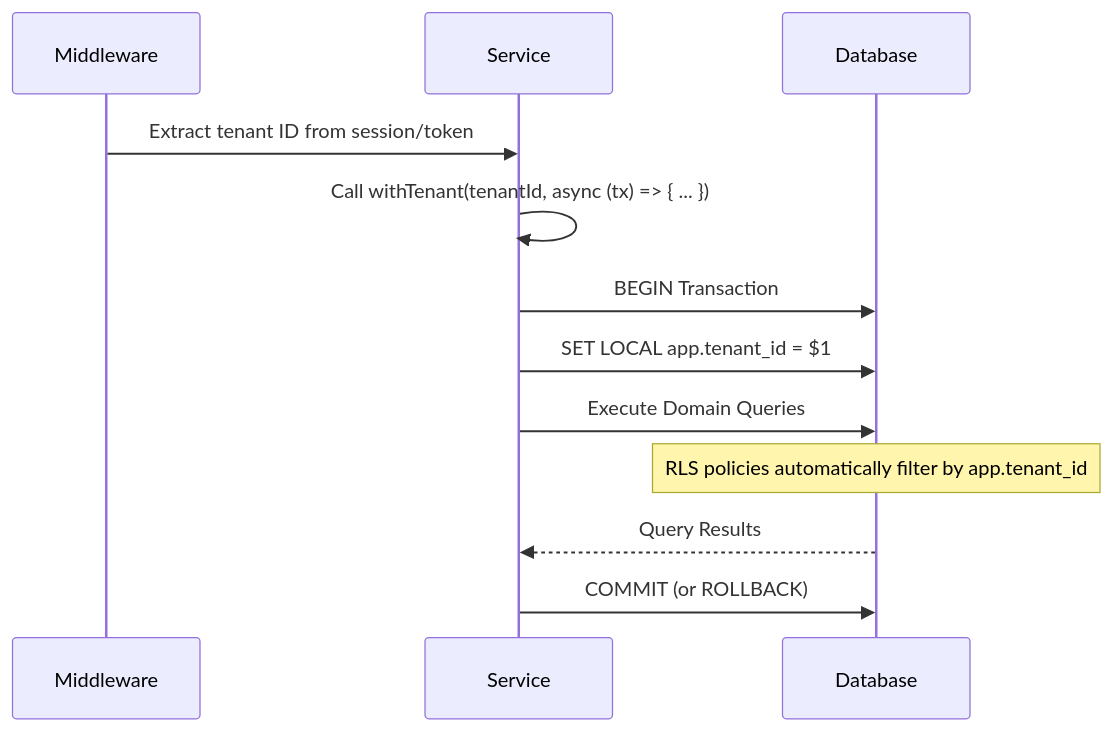
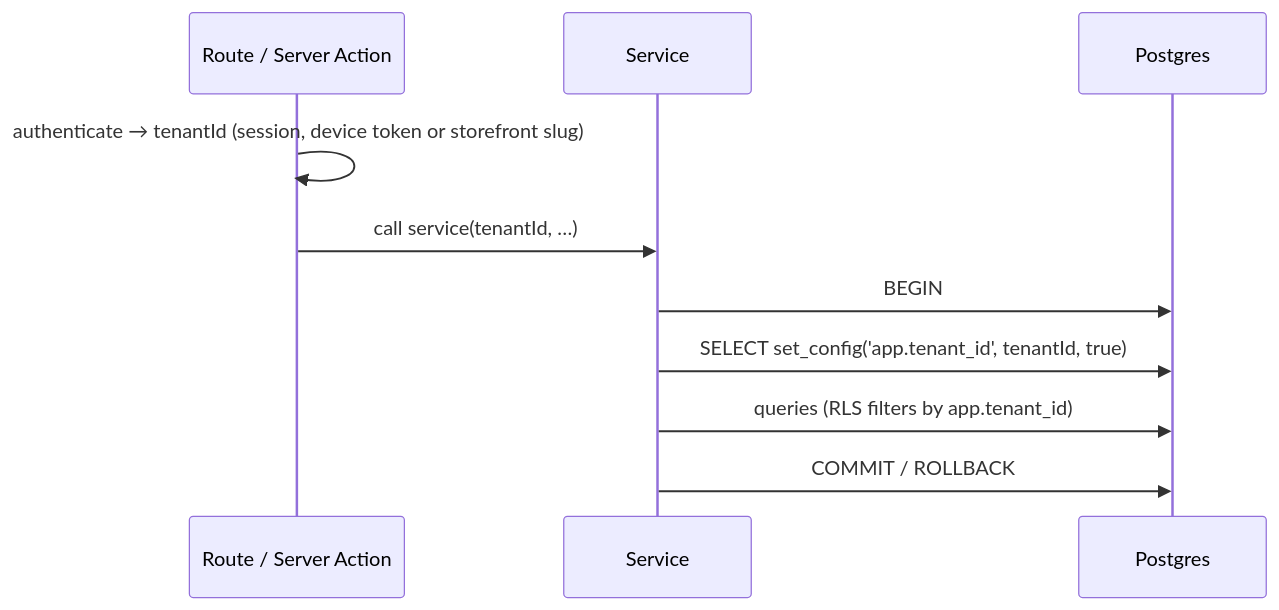
The fourth of 4 diagrams in docs/architecture/overview.md (Ai-NativeLab/ServeOs), drawn with Mermaid before and after one commit. The commit also changed other lines of this file, not shown here.

First line of the commit message:
docs(architecture): correct routing, modules, integrations and deploy facts

````diff
--- a/docs/architecture/overview.md
+++ b/docs/architecture/overview.md
@@ -148,15 +107,13 @@
 ```mermaid
 sequenceDiagram
-    participant Middleware
-    participant Service
-    participant Database
+    participant H as Route / Server Action
+    participant S as Service
+    participant DB as Postgres
 
-    Middleware->>Service: Extract tenant ID from session/token
-    Service->>Service: Call withTenant(tenantId, async (tx) => { ... })
-    Service->>Database: BEGIN Transaction
-    Service->>Database: SET LOCAL app.tenant_id = $1
-    Service->>Database: Execute Domain Queries
-    Note over Database: RLS policies automatically filter by app.tenant_id
-    Database-->>Service: Query Results
-    Service->>Database: COMMIT (or ROLLBACK)
+    H->>H: authenticate → tenantId (session, device token or storefront slug)
+    H->>S: call service(tenantId, …)
+    S->>DB: BEGIN
+    S->>DB: SELECT set_config('app.tenant_id', tenantId, true)
+    S->>DB: queries (RLS filters by app.tenant_id)
+    S->>DB: COMMIT / ROLLBACK
 ```
````
